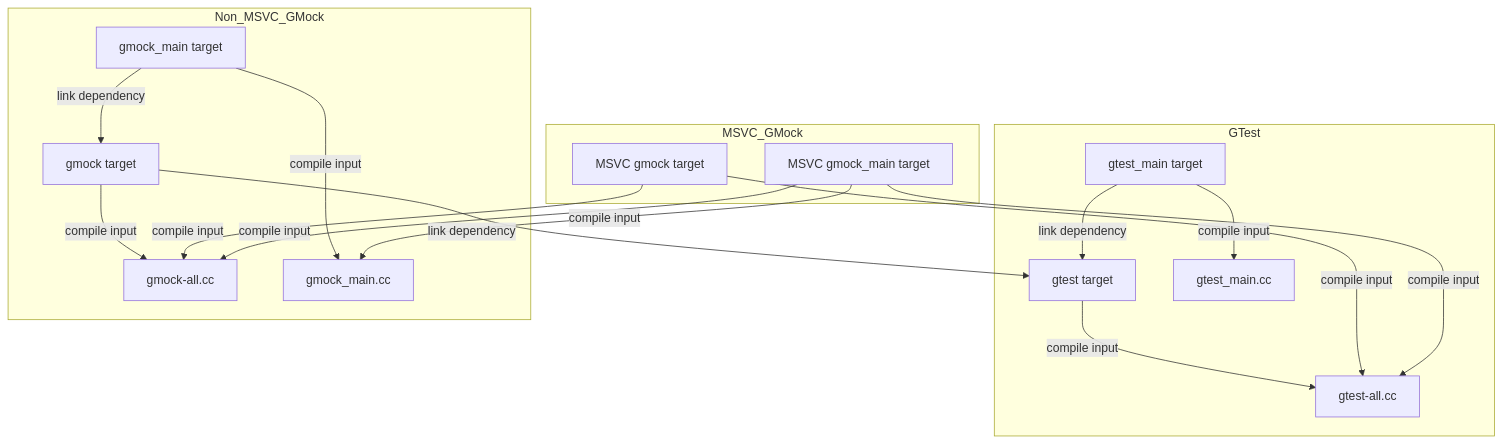
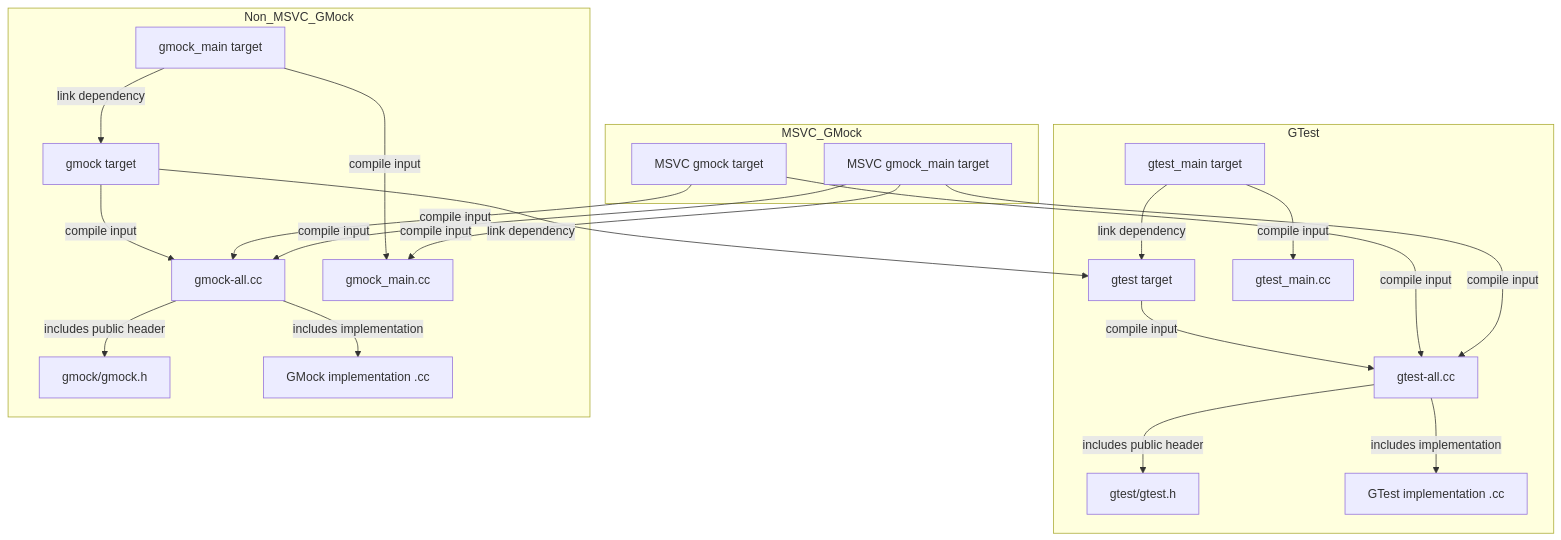
The first of 2 diagrams in docs/wiki/_plugin_v2_0_9_retest/02_aggregate_units.md (maxiaoxuxu/googletest), drawn with Mermaid before and after one commit. The commit also changed other lines of this file and 3 other files, not shown here.

````diff
--- a/docs/wiki/_plugin_v2_0_9_retest/02_aggregate_units.md
+++ b/docs/wiki/_plugin_v2_0_9_retest/02_aggregate_units.md
@@ -46,23 +46,27 @@
 ```mermaid
 graph TD
     subgraph GTest
         GT["gtest target"] -->|compile input| GTA["gtest-all.cc"]
+        GTA -->|includes public header| GTH["gtest/gtest.h"]
+        GTA -->|includes implementation| GTI["GTest implementation .cc"]
         GTM["gtest_main target"] -->|compile input| GTMC["gtest_main.cc"]
         GTM -->|link dependency| GT
     end
 
     subgraph Non_MSVC_GMock
         GM["gmock target"] -->|compile input| GMA["gmock-all.cc"]
+        GMA -->|includes public header| GMH["gmock/gmock.h"]
+        GMA -->|includes implementation| GMI["GMock implementation .cc"]
         GM -->|link dependency| GT
         GMM["gmock_main target"] -->|compile input| GMMC["gmock_main.cc"]
         GMM -->|link dependency| GM
     end
 
     subgraph MSVC_GMock
         M_GM["MSVC gmock target"] -->|compile input| GTA
         M_GM -->|compile input| GMA
         M_GMM["MSVC gmock_main target"] -->|compile input| GTA
         M_GMM -->|compile input| GMA
         M_GMM -->|compile input| GMMC
     end
 ```
````
